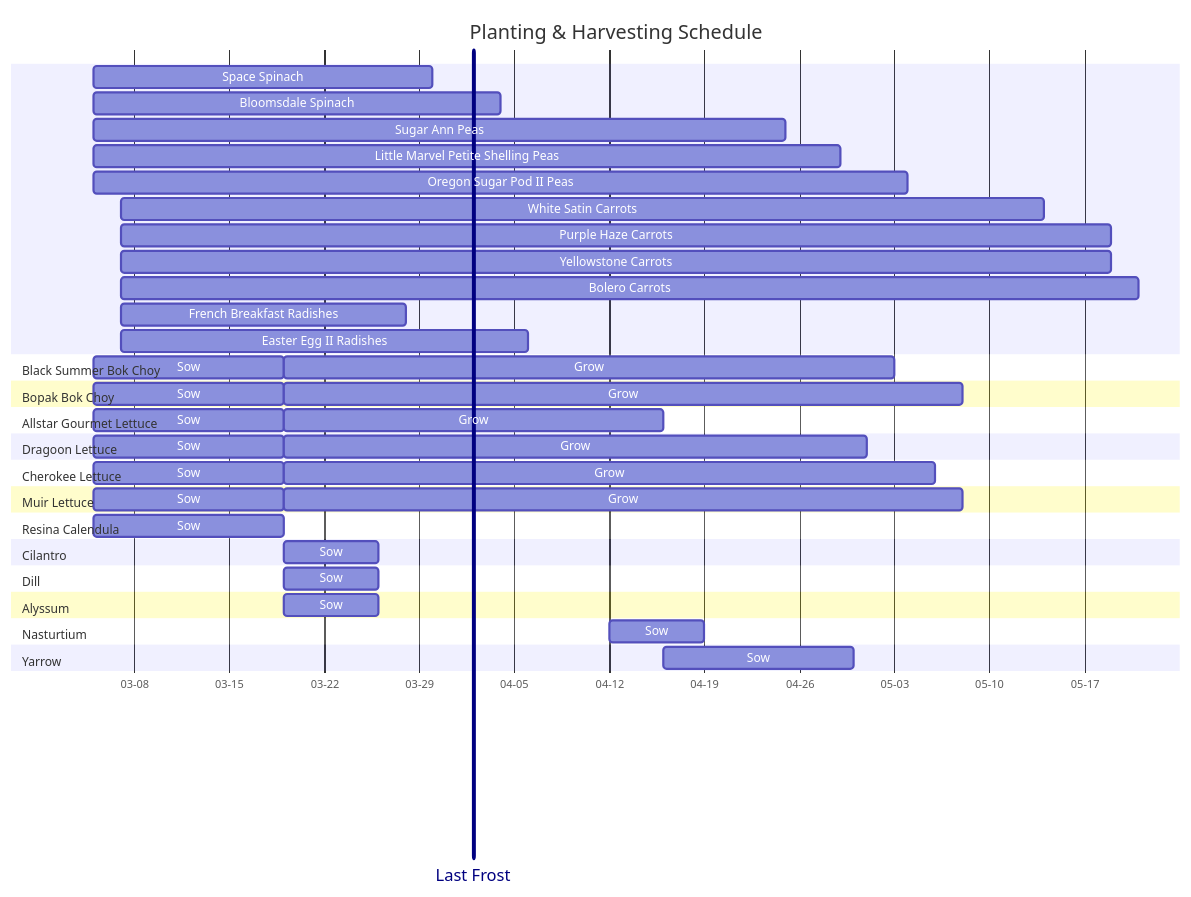
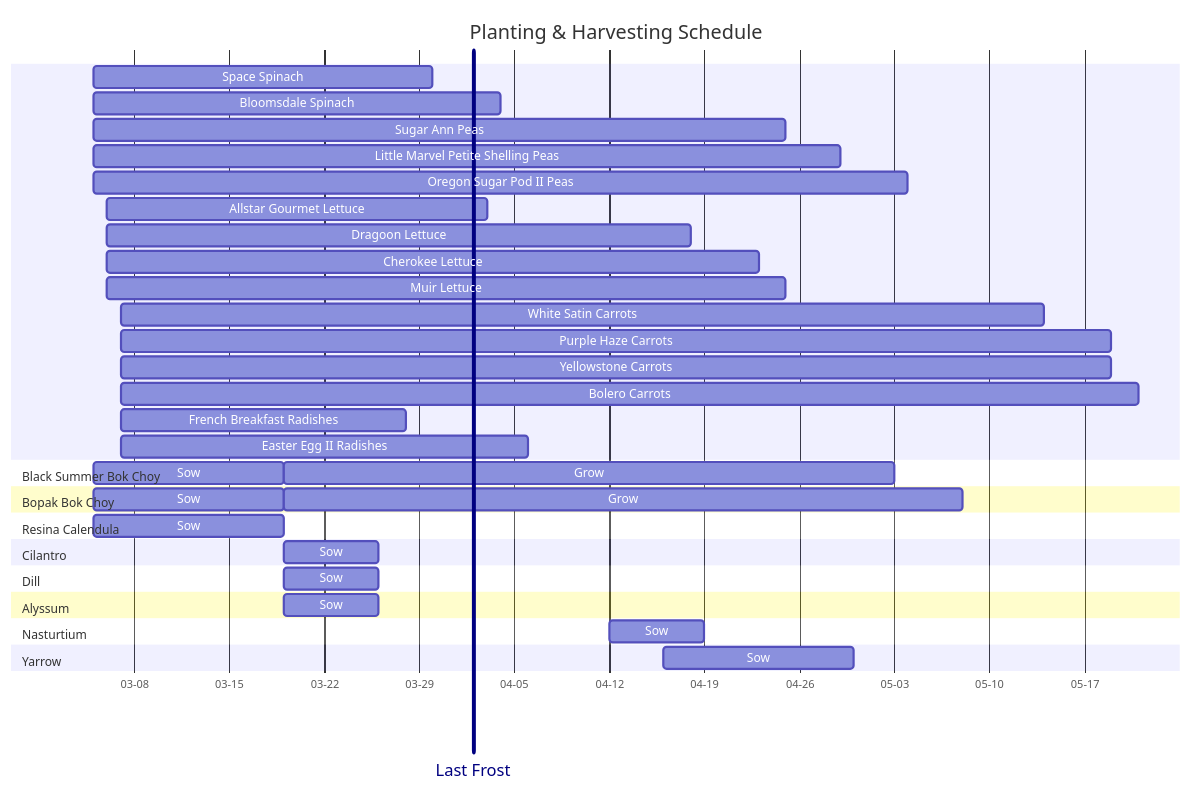
The diagram in 2026-planting-schedule.md (bjenning04/foam), drawn with Mermaid before and after one commit.

Commit message:
Mar 7, 2026, 2:55 PM

````diff
--- a/2026-planting-schedule.md
+++ b/2026-planting-schedule.md
@@ -6,51 +6,43 @@
 ```mermaid
 ---
 displayMode: compact
 ---
 gantt
     title Planting & Harvesting Schedule
     dateFormat YYYY-MM-DD
     axisFormat %m-%d
     Last Frost: vert, 2026-04-02, 0d
     Space Spinach: 2026-03-05, 25d
     Bloomsdale Spinach: 2026-03-05, 30d
     Sugar Ann Peas: 2026-03-05, 51d
     Little Marvel Petite Shelling Peas: 2026-03-05, 55d
     Oregon Sugar Pod II Peas: 2026-03-05, 60d
+    Allstar Gourmet Lettuce: 2026-03-06, 28d
+    Dragoon Lettuce: 2026-03-06, 43d
+    Cherokee Lettuce: 2026-03-06, 48d
+    Muir Lettuce: 2026-03-06, 50d
     White Satin Carrots: 2026-03-07, 68d
     Purple Haze Carrots: 2026-03-07, 73d
     Yellowstone Carrots: 2026-03-07, 73d
     Bolero Carrots: 2026-03-07, 75d
     French Breakfast Radishes: 2026-03-07, 21d
     Easter Egg II Radishes: 2026-03-07, 30d
     Section Black Summer Bok Choy
         Sow: 2026-03-05, 14d
         Grow: 2026-03-19, 45d
     Section Bopak Bok Choy
-        Sow: 2026-03-05, 14d
-        Grow: 2026-03-19, 50d
-    Section Allstar Gourmet Lettuce
-        Sow: 2026-03-05, 14d
-        Grow: 2026-03-19, 28d
-    Section Dragoon Lettuce
-        Sow: 2026-03-05, 14d
-        Grow: 2026-03-19, 43d
-    Section Cherokee Lettuce
-        Sow: 2026-03-05, 14d
-        Grow: 2026-03-19, 48d
-    Section Muir Lettuce
         Sow: 2026-03-05, 14d
         Grow: 2026-03-19, 50d
     Section Resina Calendula
         Sow: 2026-03-05, 14d
     Section Cilantro
         Sow: 2026-03-19, 7d
     Section Dill
         Sow: 2026-03-19, 7d
     Section Alyssum
         Sow: 2026-03-19, 7d
     Section Nasturtium
         Sow: 2026-04-12, 7d
     Section Yarrow
         Sow: 2026-04-16, 14d
 ```
````
